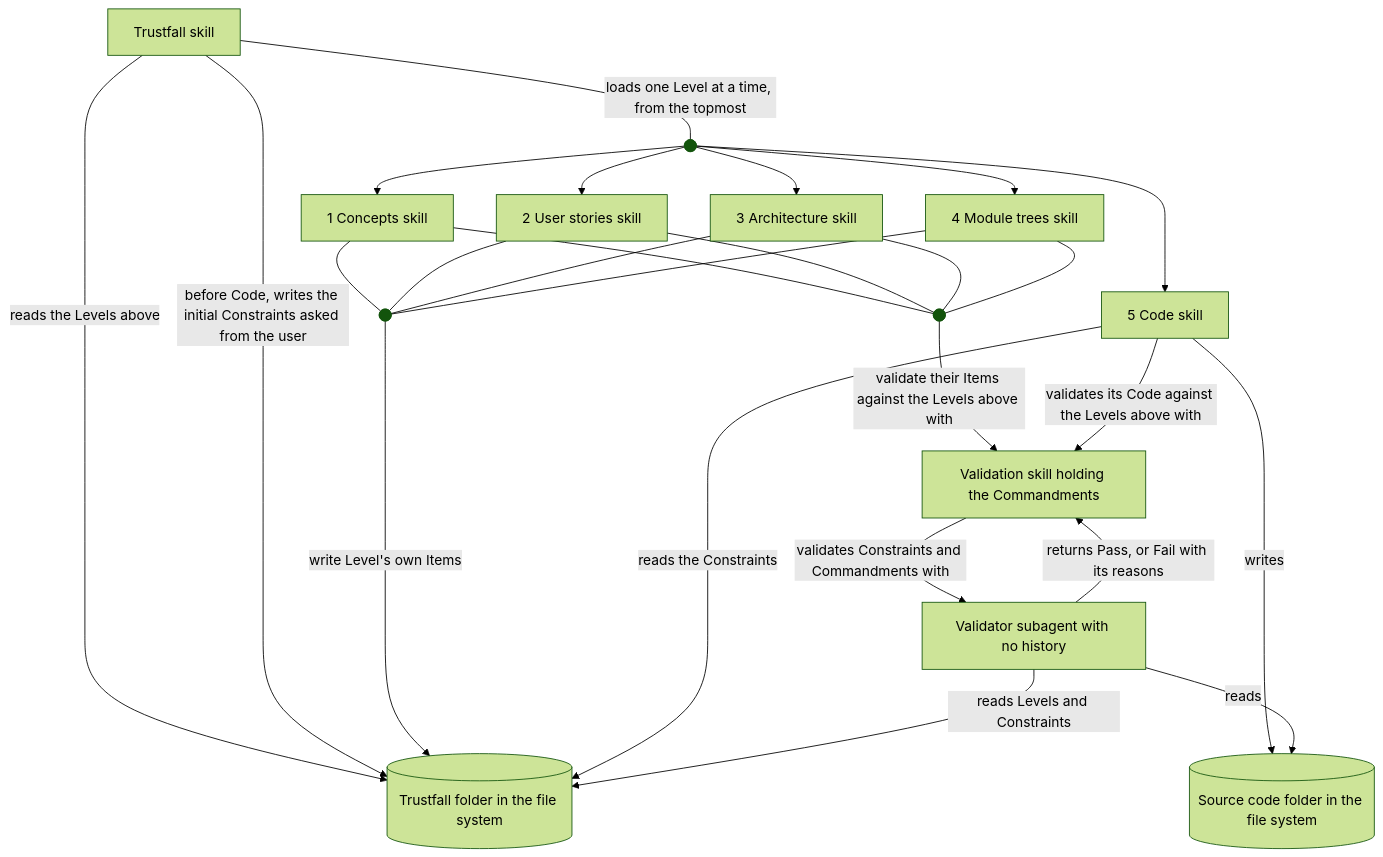
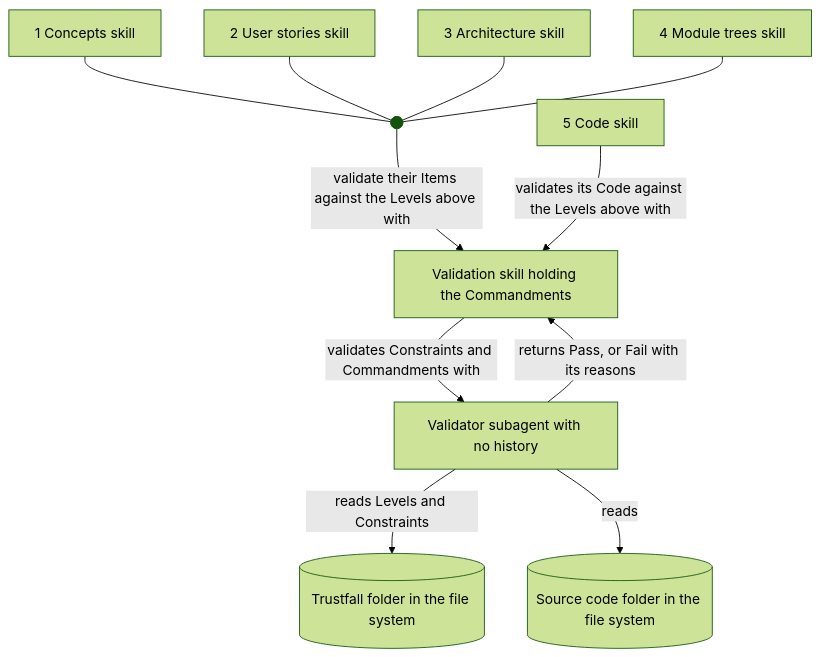
The third of 3 diagrams in trustfall/3-architecture.md (jehna/trustfall), drawn with Mermaid (forest theme) before and after one commit. The commit also changed other lines of this file and 4 other files, not shown here.

Commit message:
Split Architecture, add S14 and C5, Concepts checks, Verdict reporting

````diff
--- a/trustfall/3-architecture.md
+++ b/trustfall/3-architecture.md
@@ -3,31 +35,20 @@
 ```mermaid
 flowchart TD
-  trustfall[Trustfall skill]
-  load@{ shape: f-circ }
   concepts[1 Concepts skill]
   stories[2 User stories skill]
   architecture[3 Architecture skill]
   modules[4 Module trees skill]
   code[5 Code skill]
-  write@{ shape: f-circ }
   check@{ shape: f-circ }
   validation[Validation skill holding the Commandments]
+  subagent[Validator subagent with no history]
   levels[(Trustfall folder in the file system)]
   source[(Source code folder in the file system)]
-  subagent[Validator subagent with no history]
-  trustfall -- loads one Level at a time, from the topmost --- load
-  load --> concepts & stories & architecture & modules & code
-  trustfall -- reads the Levels above --> levels
-  trustfall -- before Code, writes the initial Constraints asked from the user --> levels
-  concepts & stories & architecture & modules --- write
-  write -- write Level's own Items --> levels
-  code -- reads the Constraints --> levels
-  code -- writes --> source
   concepts & stories & architecture & modules --- check
   check -- validate their Items against the Levels above with --> validation
   code -- validates its Code against the Levels above with --> validation
   validation -- validates Constraints and Commandments with --> subagent
   subagent -- reads Levels and Constraints --> levels
   subagent -- reads --> source
   subagent -- returns Pass, or Fail with its reasons --> validation
 ```
````
